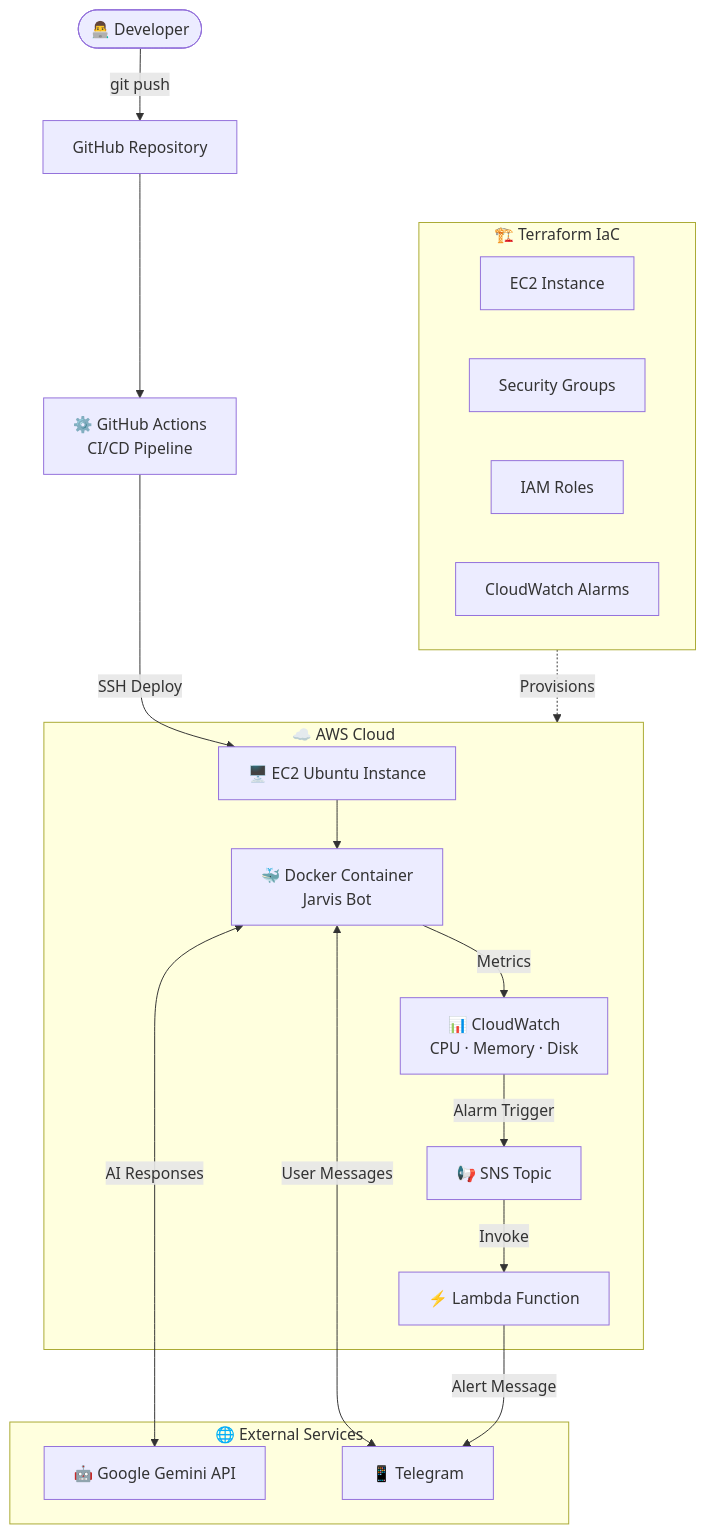
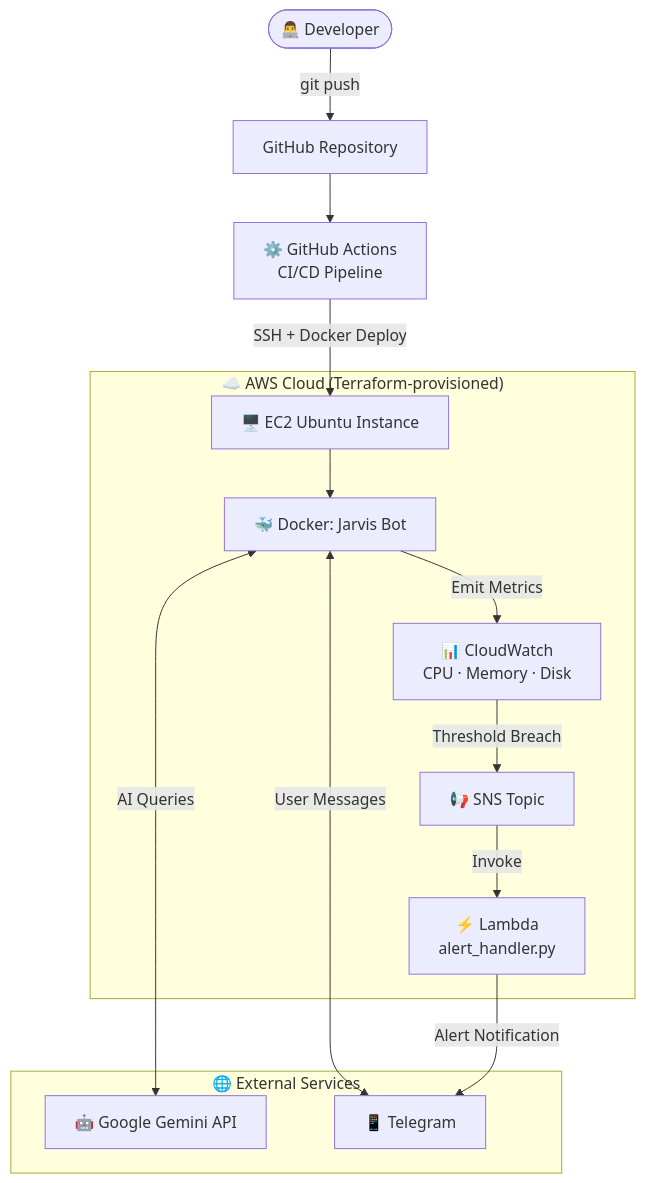
Before and after one commit to Sahilx987/jarvis-devops-bot: the first of 3 diagrams in README.md, drawn with Mermaid. The commit also changed other lines of this file, not shown here.

Commit message:
docs: fix merge conflict, add mermaid architecture diagrams1

````diff
--- a/README.md
+++ b/README.md
@@ -566,32 +51,23 @@
 ```mermaid
 flowchart TD
-    A([👨‍💻 Developer]) -->|git push| B[GitHub Repository]
-    B --> C[⚙️ GitHub Actions\nCI/CD Pipeline]
-    C -->|SSH Deploy| D
+    Dev([👨‍💻 Developer]) -->|git push| GH[GitHub Repository]
+    GH --> GA[⚙️ GitHub Actions\nCI/CD Pipeline]
+    GA -->|SSH + Docker Deploy| EC2
 
-    subgraph AWS ["☁️ AWS Cloud"]
-        D[🖥️ EC2 Ubuntu Instance]
-        D --> E[🐳 Docker Container\nJarvis Bot]
-        E -->|Metrics| F[📊 CloudWatch\nCPU · Memory · Disk]
-        F -->|Alarm Trigger| G[📢 SNS Topic]
-        G -->|Invoke| H[⚡ Lambda Function]
+    subgraph AWS ["☁️ AWS Cloud (Terraform-provisioned)"]
+        EC2[🖥️ EC2 Ubuntu Instance]
+        EC2 --> Container[🐳 Docker: Jarvis Bot]
+        Container -->|Emit Metrics| CW[📊 CloudWatch\nCPU · Memory · Disk]
+        CW -->|Threshold Breach| SNS[📢 SNS Topic]
+        SNS -->|Invoke| Lambda[⚡ Lambda\nalert_handler.py]
     end
 
     subgraph External ["🌐 External Services"]
-        I[🤖 Google Gemini API]
-        J[📱 Telegram]
+        Gemini[🤖 Google Gemini API]
+        Telegram[📱 Telegram]
     end
 
-    E <-->|AI Responses| I
-    E <-->|User Messages| J
-    H -->|Alert Message| J
-
-    subgraph IaC ["🏗️ Terraform IaC"]
-        T1[EC2 Instance]
-        T2[Security Groups]
-        T3[IAM Roles]
-        T4[CloudWatch Alarms]
-    end
-
-    IaC -.->|Provisions| AWS
+    Container <-->|AI Queries| Gemini
+    Container <-->|User Messages| Telegram
+    Lambda -->|Alert Notification| Telegram
 ```
````
